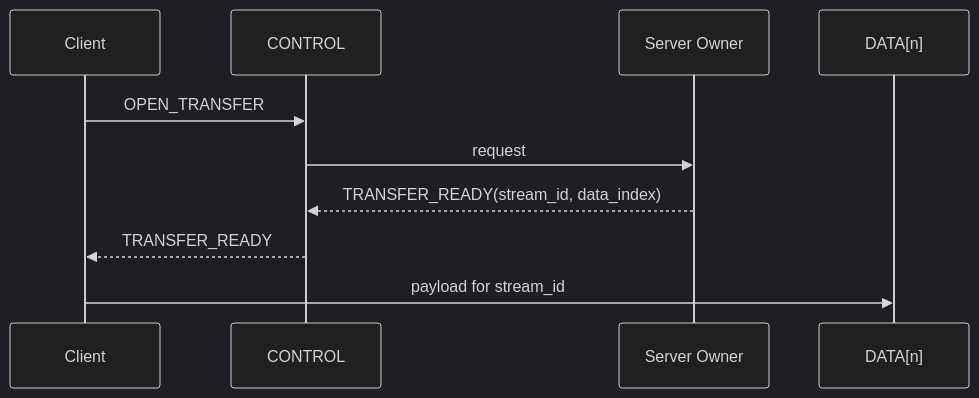
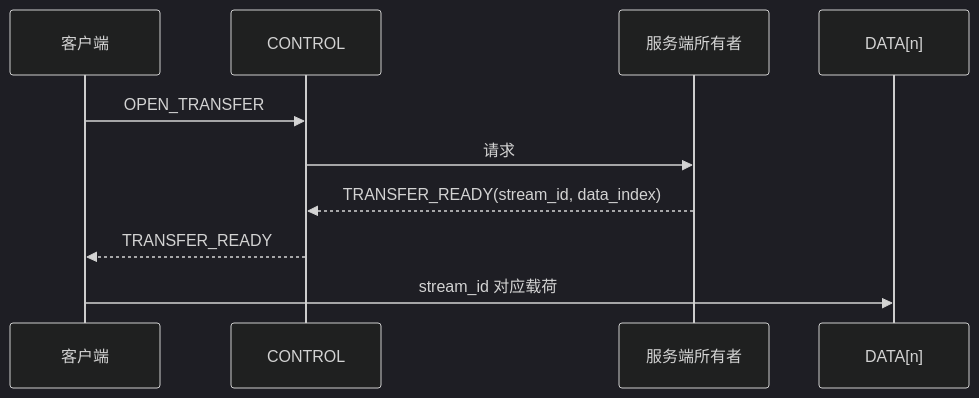
One commit to MyBlackHole/c-trpc changed the second of 2 diagrams in docs/architecture/04-backup-pipeline.md. Above: the diagram before and after it, drawn with Mermaid (dark theme). The commit also changed other lines of this file, not shown here.

````diff
--- a/docs/architecture/04-backup-pipeline.md
+++ b/docs/architecture/04-backup-pipeline.md
@@ -559,13 +569,13 @@
 ```mermaid
 sequenceDiagram
-    participant C as Client
+    participant C as 客户端
     participant CTL as CONTROL
-    participant S as Server Owner
+    participant S as 服务端所有者
     participant D as DATA[n]
 
     C->>CTL: OPEN_TRANSFER
-    CTL->>S: request
+    CTL->>S: 请求
     S-->>CTL: TRANSFER_READY(stream_id, data_index)
     CTL-->>C: TRANSFER_READY
-    C->>D: payload for stream_id
+    C->>D: stream_id 对应载荷
 ```
````
